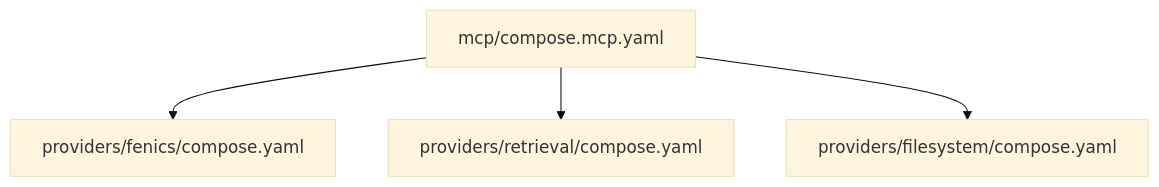
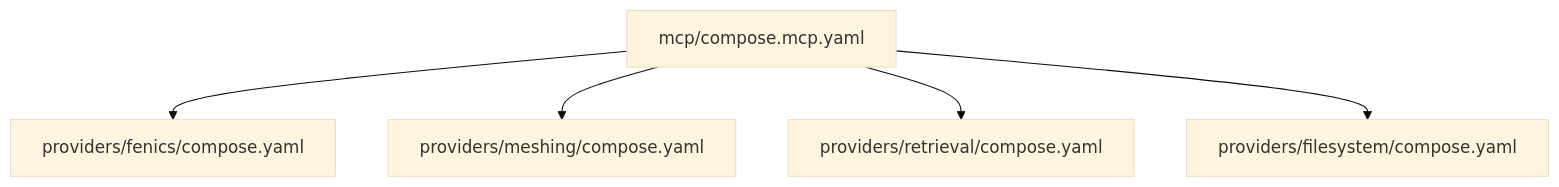
Before and after one commit to RadmirG/AES: the third of 5 diagrams in mcp/architecture.md, drawn with Mermaid (base theme). The commit also changed other lines of this file and 60 other files, not shown here.

````diff
--- a/mcp/architecture.md
+++ b/mcp/architecture.md
@@ -60,6 +61,7 @@
 ```mermaid
 flowchart TD
     A["mcp/compose.mcp.yaml"] --> B["providers/fenics/compose.yaml"]
+    A --> M["providers/meshing/compose.yaml"]
     A --> C["providers/retrieval/compose.yaml"]
     A --> D["providers/filesystem/compose.yaml"]
 ```
````
